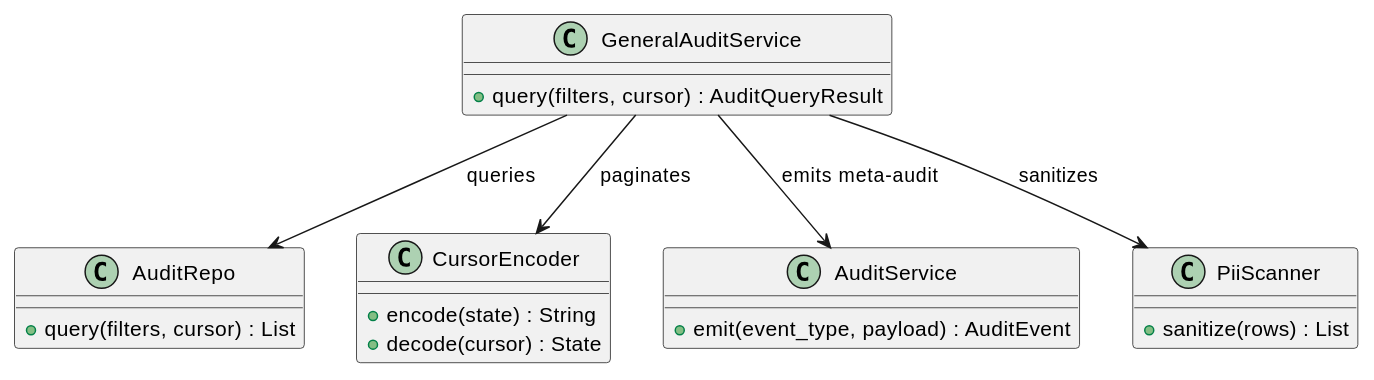
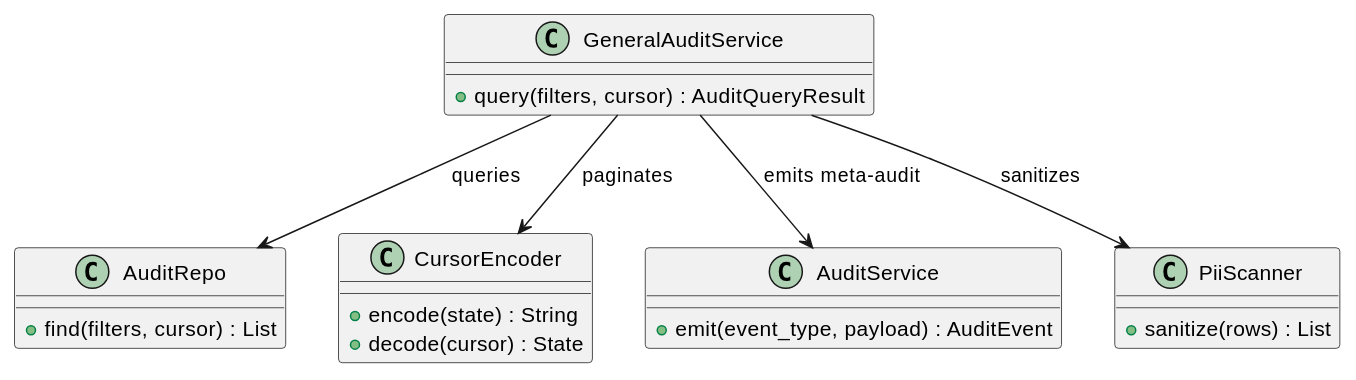
One commit to jcg-admin/IACT-docs changed the diagram in source/requisitos/casos-uso/audit/uc-aud-01/diagramas-uml/diagrama-de-clases.rst. Above: the diagram before and after it, drawn with PlantUML. The commit also changed 7 other files, not shown here.

```diff
--- a/source/requisitos/casos-uso/audit/uc-aud-01/diagramas-uml/diagrama-de-clases.rst
+++ b/source/requisitos/casos-uso/audit/uc-aud-01/diagramas-uml/diagrama-de-clases.rst
@@ -6,32 +6,32 @@
 .. uml::
  :caption: UC_AUD_01 — clases involucradas en consulta audit.
 
  @startuml
 
  class GeneralAuditService {
    + query(filters, cursor) : AuditQueryResult
  }
 
  class AuditRepo {
-   + query(filters, cursor) : List
+   + find(filters, cursor) : List
  }
 
  class CursorEncoder {
    + encode(state) : String
    + decode(cursor) : State
  }
 
  class AuditService {
    + emit(event_type, payload) : AuditEvent
  }
 
  class PiiScanner {
    + sanitize(rows) : List
  }
 
  GeneralAuditService --> AuditRepo : queries
  GeneralAuditService --> CursorEncoder : paginates
  GeneralAuditService --> PiiScanner : sanitizes
  GeneralAuditService --> AuditService : emits meta-audit
 
  @enduml
```
